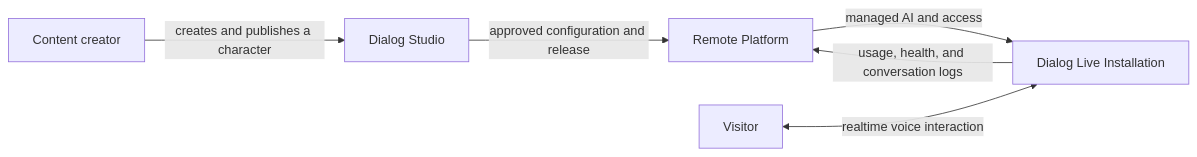
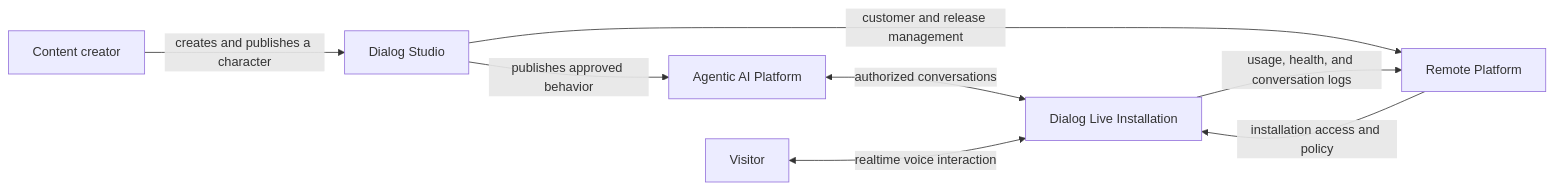
Before and after one commit to amizzan84-lab/dialog-live-showcase: the first of 5 diagrams in README.md, drawn with Mermaid. The commit also changed other lines of this file and 4 other files, not shown here.

Commit message:
Showcase the agentic AI platform

````diff
--- a/README.md
+++ b/README.md
@@ -26,14 +43,17 @@
 ```mermaid
 flowchart LR
     CREATOR["Content creator"]
     STUDIO["Dialog Studio"]
+    AGENTS["Agentic AI Platform"]
     PLATFORM["Remote Platform"]
     LIVE["Dialog Live Installation"]
     VISITOR["Visitor"]
 
     CREATOR -->|"creates and publishes a character"| STUDIO
-    STUDIO -->|"approved configuration and release"| PLATFORM
-    PLATFORM -->|"managed AI and access"| LIVE
+    STUDIO -->|"publishes approved behavior"| AGENTS
+    STUDIO -->|"customer and release management"| PLATFORM
+    AGENTS <-->|"authorized conversations"| LIVE
+    PLATFORM -->|"installation access and policy"| LIVE
     VISITOR <-->|"realtime voice interaction"| LIVE
     LIVE -->|"usage, health, and conversation logs"| PLATFORM
 ```
````
